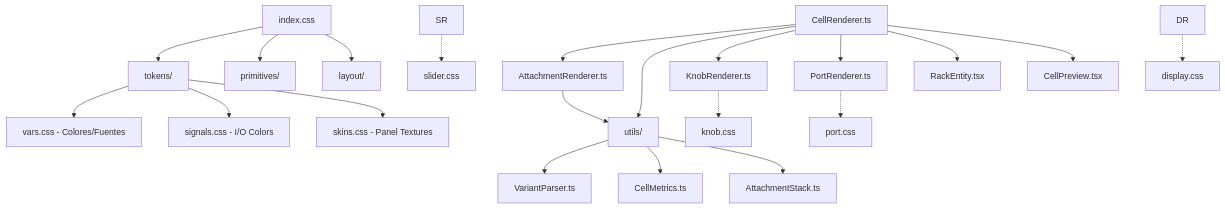
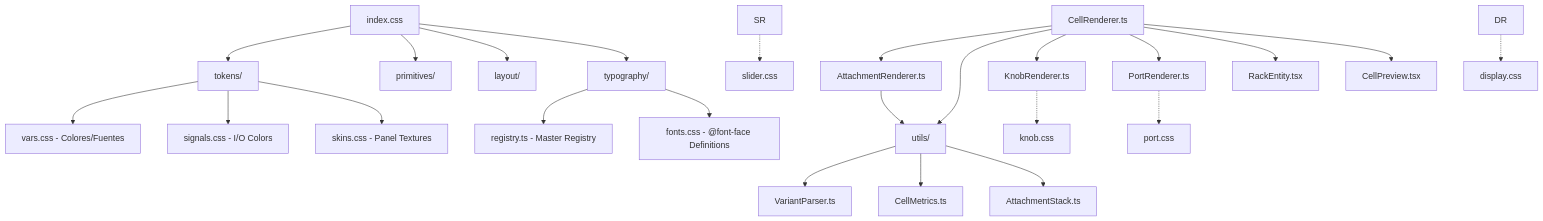
One commit to ajabadia/ABDSynthWeb changed the diagram in src/omega-ui-core/map.md. Above: the diagram before and after it, drawn with Mermaid. The commit also changed other lines of this file and 397 other files, not shown here.

````diff
--- a/src/omega-ui-core/map.md
+++ b/src/omega-ui-core/map.md
@@ -9,34 +16,39 @@
 ```mermaid
 graph TD
     %% Entry Point
     INDEX[index.css] --> TOKENS[tokens/]
     INDEX --> PRIMS[primitives/]
     INDEX --> LAYOUT[layout/]
+    INDEX --> TYPO[typography/]
     
     %% Design Tokens
     TOKENS --> VARS[vars.css - Colores/Fuentes]
     TOKENS --> SIGS[signals.css - I/O Colors]
     TOKENS --> SKINS[skins.css - Panel Textures]
+
+    %% Typography System
+    TYPO --> T_REG[registry.ts - Master Registry]
+    TYPO --> T_CSS[fonts.css - @font-face Definitions]
     
     %% Rendering Engine (Aseptic)
     CR[CellRenderer.ts] --> AR[AttachmentRenderer.ts]
     CR --> UTILS[utils/]
     AR --> UTILS
     CR --> KR[KnobRenderer.ts]
     CR --> PR[PortRenderer.ts]
     
     %% Utilities Layer
     UTILS --> VP[VariantParser.ts]
     UTILS --> CM[CellMetrics.ts]
     UTILS --> AS[AttachmentStack.ts]
     
     %% Styles Integration
     KR -.-> PK[knob.css]
     PR -.-> PP[port.css]
     SR -.-> PS[slider.css]
     DR -.-> PD[display.css]
     
     %% Consumer Layer
     CR --> RE[RackEntity.tsx]
     CR --> CP[CellPreview.tsx]
 ```
````
